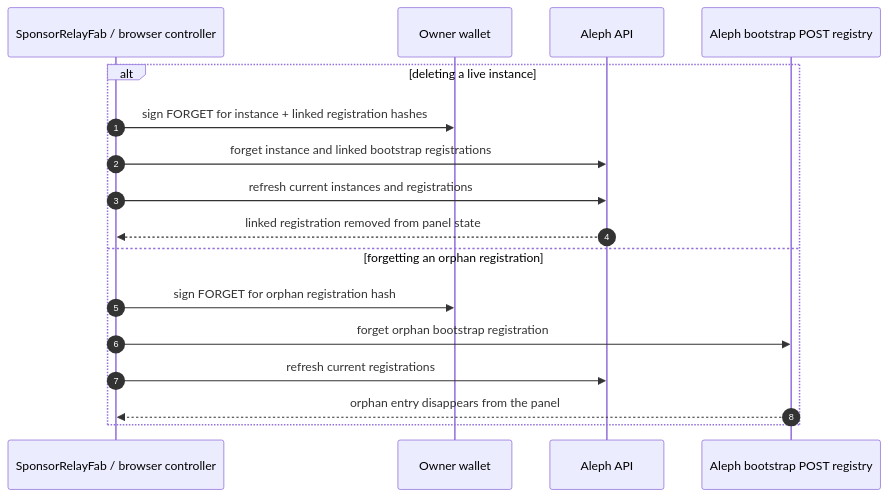
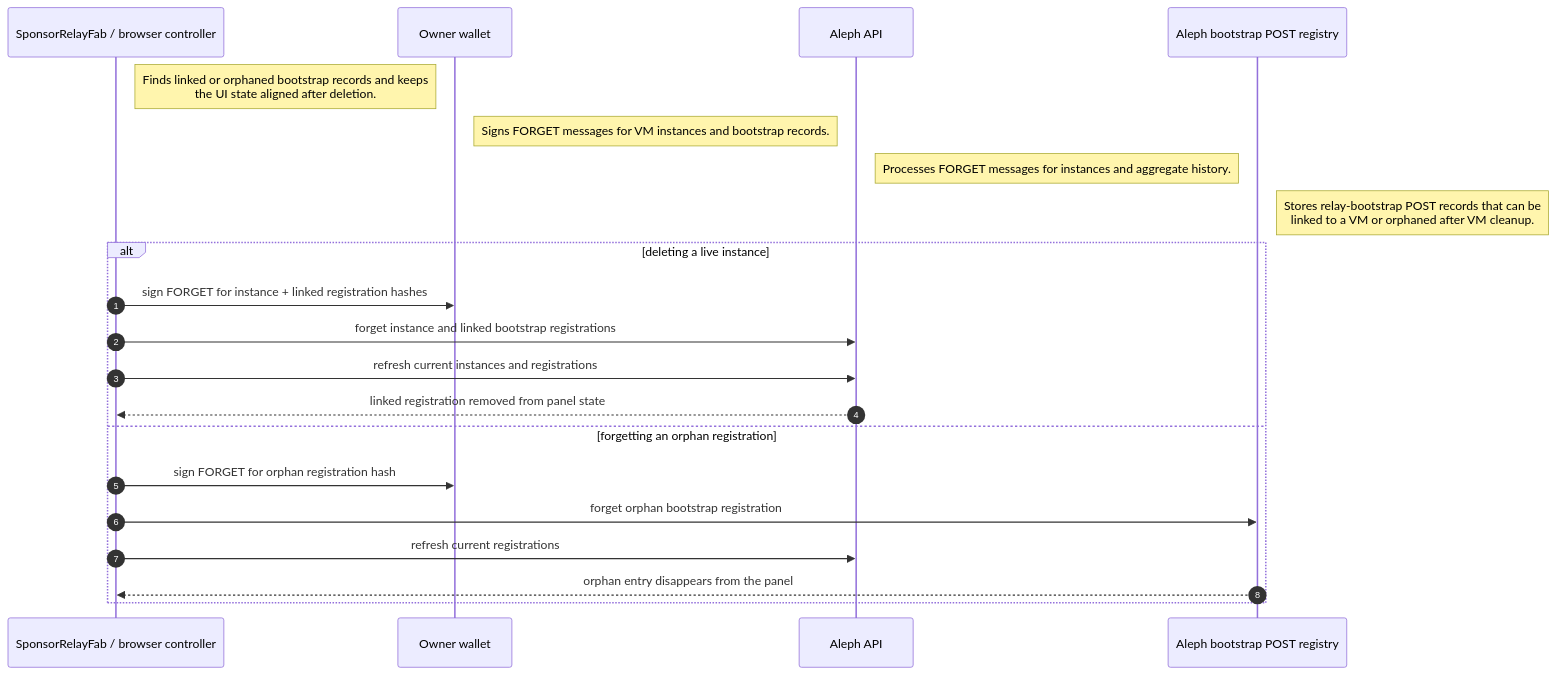
Before and after one commit to NiKrause/relay-button: the fourth of 4 diagrams in docs/docusaurus/docs/reference/aleph-bootstrap-sequences.md, drawn with Mermaid. The commit also changed other lines of this file and 2 other files, not shown here.

Commit message:
docs: update deployment flow diagrams

````diff
--- a/docs/docusaurus/docs/reference/aleph-bootstrap-sequences.md
+++ b/docs/docusaurus/docs/reference/aleph-bootstrap-sequences.md
@@ -218,20 +290,25 @@
 ```mermaid
 sequenceDiagram
   autonumber
   participant Browser as SponsorRelayFab / browser controller
   participant Wallet as Owner wallet
   participant Aleph as Aleph API
   participant Registry as Aleph bootstrap POST registry
+
+  Note right of Browser: Finds linked or orphaned bootstrap records and keeps<br/>the UI state aligned after deletion.
+  Note right of Wallet: Signs FORGET messages for VM instances and bootstrap records.
+  Note right of Aleph: Processes FORGET messages for instances and aggregate history.
+  Note right of Registry: Stores relay-bootstrap POST records that can be<br/>linked to a VM or orphaned after VM cleanup.
 
   alt deleting a live instance
     Browser->>Wallet: sign FORGET for instance + linked registration hashes
     Browser->>Aleph: forget instance and linked bootstrap registrations
     Browser->>Aleph: refresh current instances and registrations
     Aleph-->>Browser: linked registration removed from panel state
   else forgetting an orphan registration
     Browser->>Wallet: sign FORGET for orphan registration hash
     Browser->>Registry: forget orphan bootstrap registration
     Browser->>Aleph: refresh current registrations
     Registry-->>Browser: orphan entry disappears from the panel
   end
 ```
````
